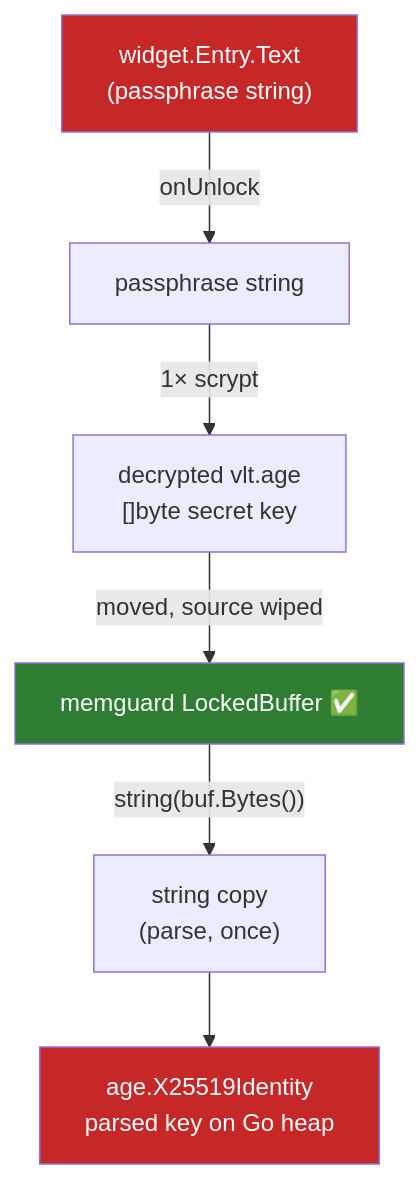
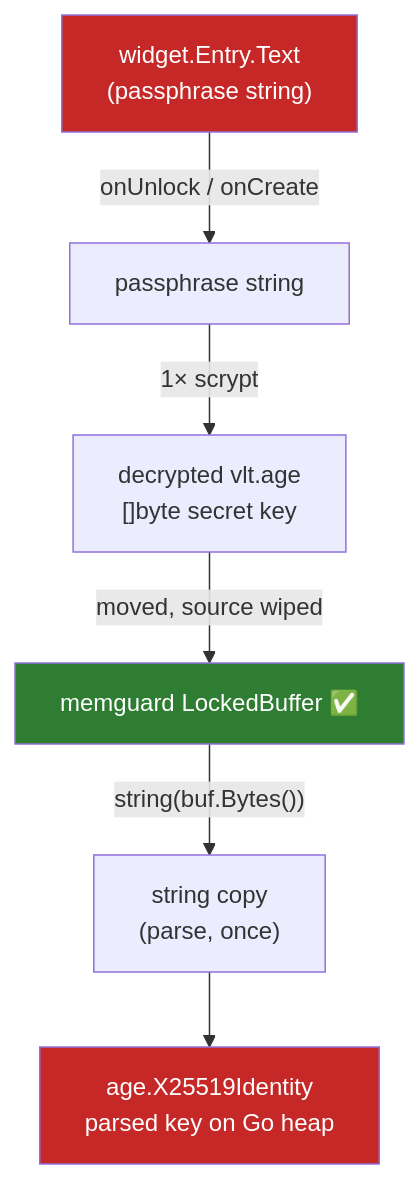
The diagram in vault-vlt/Architecture/Security Model.md (heyjdp/vlt), drawn with Mermaid before and after one commit. The commit also changed 17 other files, not shown here.

````diff
--- a/vault-vlt/Architecture/Security Model.md
+++ b/vault-vlt/Architecture/Security Model.md
@@ -25,12 +25,12 @@
 ```mermaid
 flowchart TB
-    E["widget.Entry.Text<br/>(passphrase string)"] -->|onUnlock| P["passphrase string"]
+    E["widget.Entry.Text<br/>(passphrase string)"] -->|"onUnlock / onCreate"| P["passphrase string"]
     P -->|"1× scrypt"| U["decrypted vlt.age<br/>[]byte secret key"]
     U -->|"moved, source wiped"| LB["memguard LockedBuffer ✅"]
     LB -->|"string(buf.Bytes())"| S2["string copy<br/>(parse, once)"]
     S2 --> X["age.X25519Identity<br/>parsed key on Go heap"]
 
     style LB fill:#2e7d32,color:#fff
     style E fill:#c62828,color:#fff
     style X fill:#c62828,color:#fff
 ```
````
